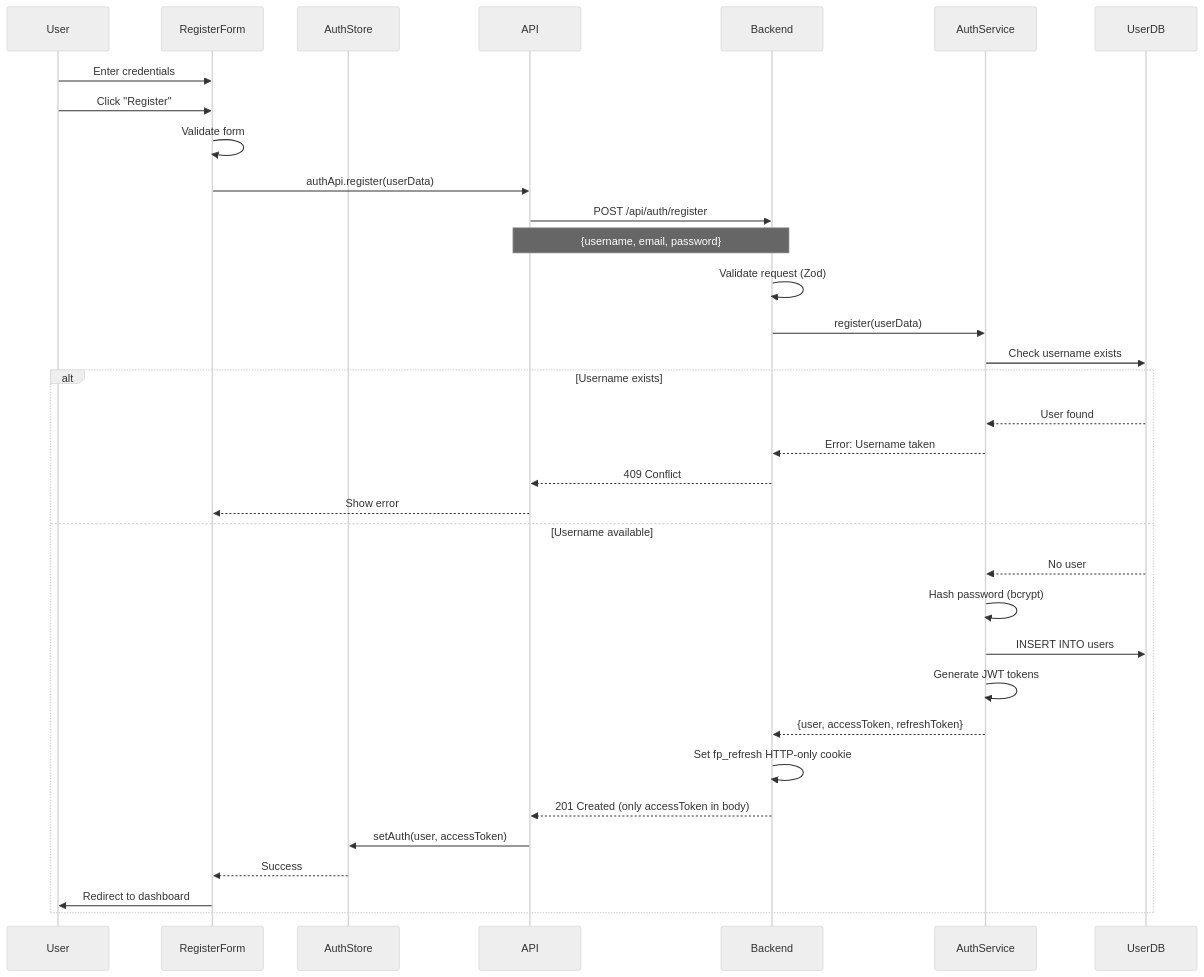
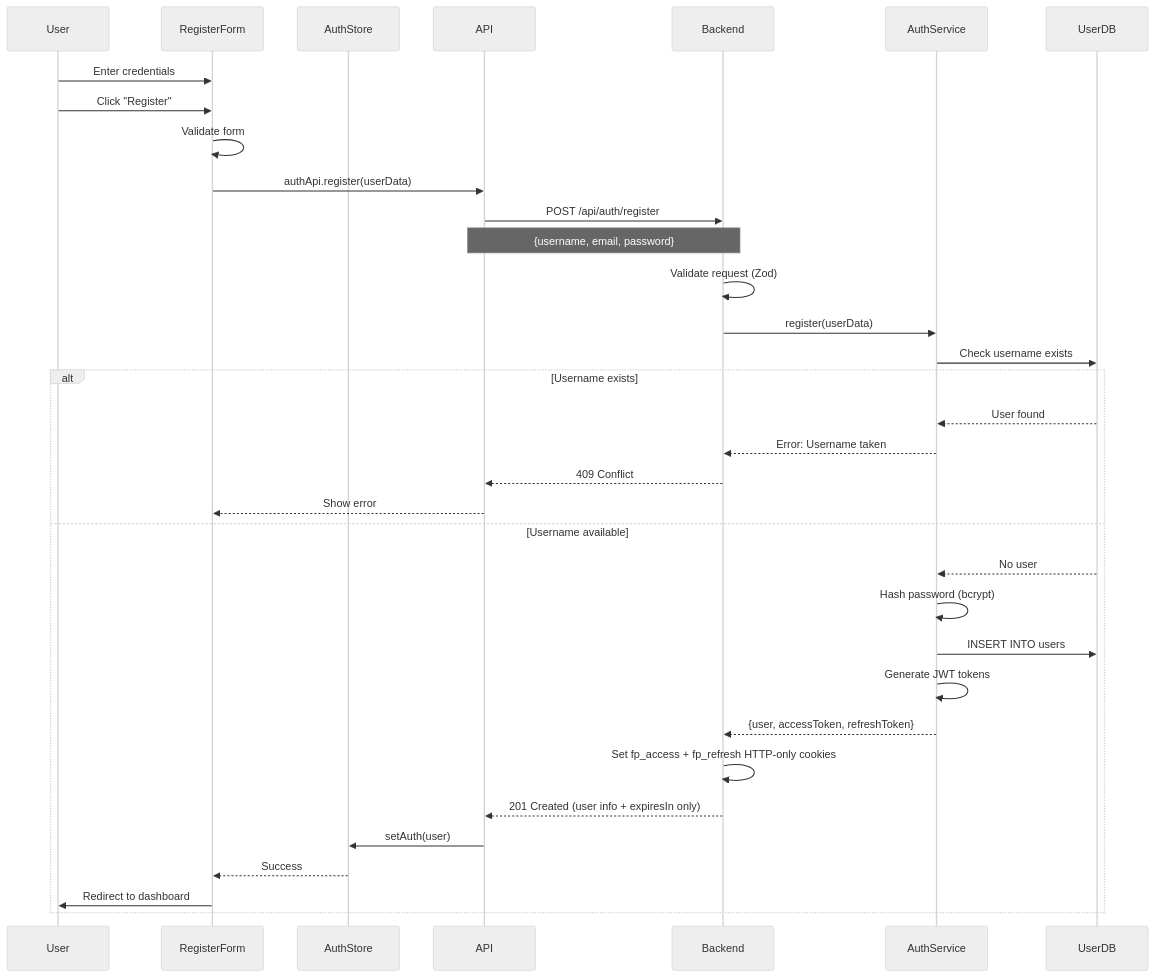
Before and after one commit to darkraise/flashpoint-web: the second of 7 diagrams in docs/02-architecture/authentication-flow.md, drawn with Mermaid (neutral theme). The commit also changed other lines of this file and 18 other files, not shown here.

````diff
--- a/docs/02-architecture/authentication-flow.md
+++ b/docs/02-architecture/authentication-flow.md
@@ -57,42 +56,42 @@
 ```mermaid
 sequenceDiagram
     participant User
     participant RegisterForm
     participant AuthStore
     participant API
     participant Backend
     participant AuthService
     participant UserDB
 
     User->>RegisterForm: Enter credentials
     User->>RegisterForm: Click "Register"
 
     RegisterForm->>RegisterForm: Validate form
     RegisterForm->>API: authApi.register(userData)
 
     API->>Backend: POST /api/auth/register
     Note over API,Backend: {username, email, password}
 
     Backend->>Backend: Validate request (Zod)
     Backend->>AuthService: register(userData)
 
     AuthService->>UserDB: Check username exists
     alt Username exists
         UserDB-->>AuthService: User found
         AuthService-->>Backend: Error: Username taken
         Backend-->>API: 409 Conflict
         API-->>RegisterForm: Show error
     else Username available
         UserDB-->>AuthService: No user
         AuthService->>AuthService: Hash password (bcrypt)
         AuthService->>UserDB: INSERT INTO users
 
         AuthService->>AuthService: Generate JWT tokens
         AuthService-->>Backend: {user, accessToken, refreshToken}
-        Backend->>Backend: Set fp_refresh HTTP-only cookie
-        Backend-->>API: 201 Created (only accessToken in body)
-        API->>AuthStore: setAuth(user, accessToken)
+        Backend->>Backend: Set fp_access + fp_refresh HTTP-only cookies
+        Backend-->>API: 201 Created (user info + expiresIn only)
+        API->>AuthStore: setAuth(user)
         AuthStore-->>RegisterForm: Success
         RegisterForm->>User: Redirect to dashboard
     end
 ```
````
